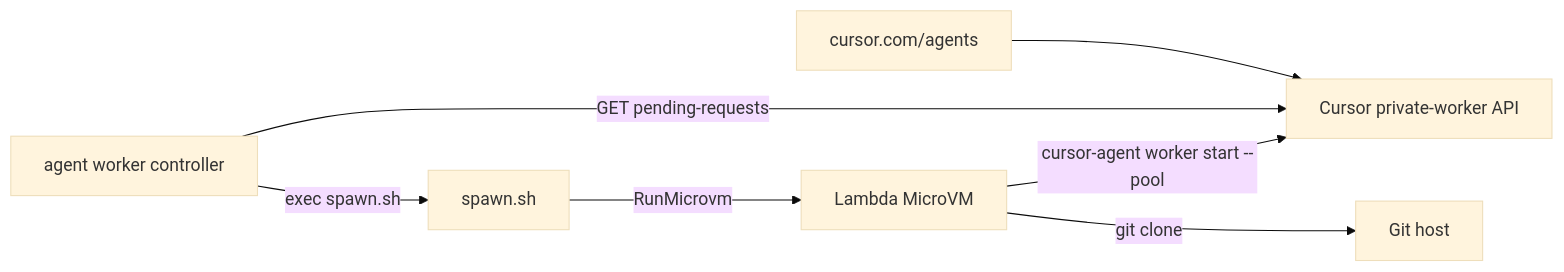
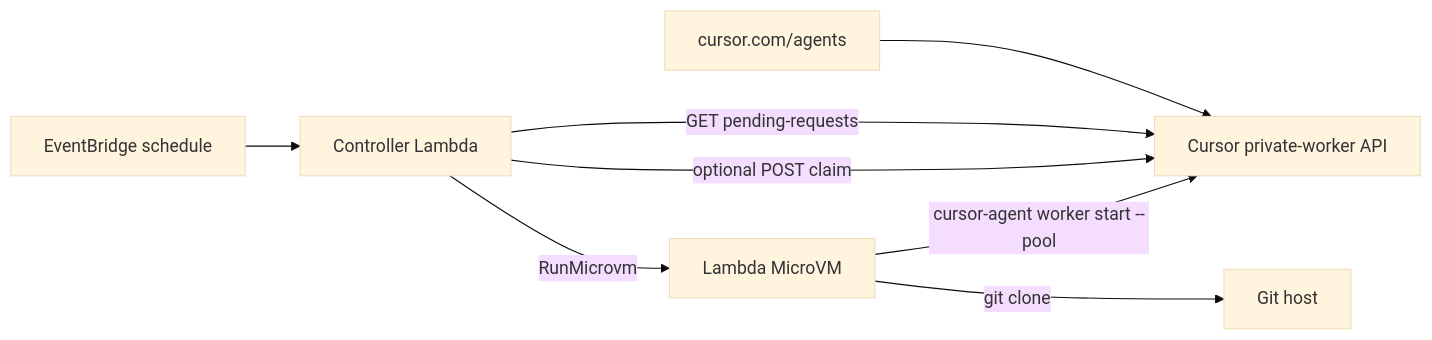
One commit to anysphere/aws-lambda-workers changed the diagram in README.md. Above: the diagram before and after it, drawn with Mermaid (base theme). The commit also changed other lines of this file and 28 other files, not shown here.

First line of the commit message:
Run the controller as a scheduled Lambda behind CloudFormation

````diff
--- a/README.md
+++ b/README.md
@@ -9,9 +9,10 @@
 ```mermaid
 flowchart LR
   User[cursor.com/agents] --> CursorAPI[Cursor private-worker API]
-  Controller["agent worker controller"] -->|GET pending-requests| CursorAPI
-  Controller -->|exec spawn.sh| Spawn[spawn.sh]
-  Spawn -->|RunMicrovm| MicroVM[Lambda MicroVM]
+  Events[EventBridge schedule] --> Controller[Controller Lambda]
+  Controller -->|GET pending-requests| CursorAPI
+  Controller -->|optional POST claim| CursorAPI
+  Controller -->|RunMicrovm| MicroVM[Lambda MicroVM]
   MicroVM -->|cursor-agent worker start --pool| CursorAPI
   MicroVM -->|git clone| Git[Git host]
 ```
````
